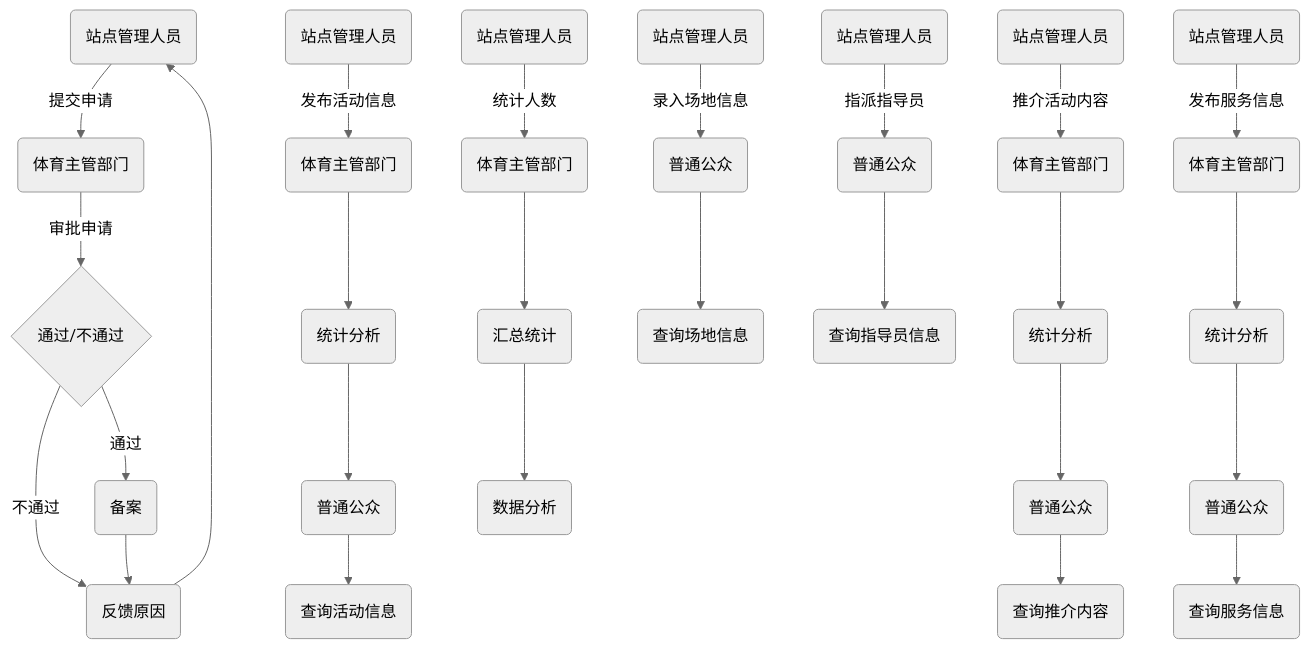
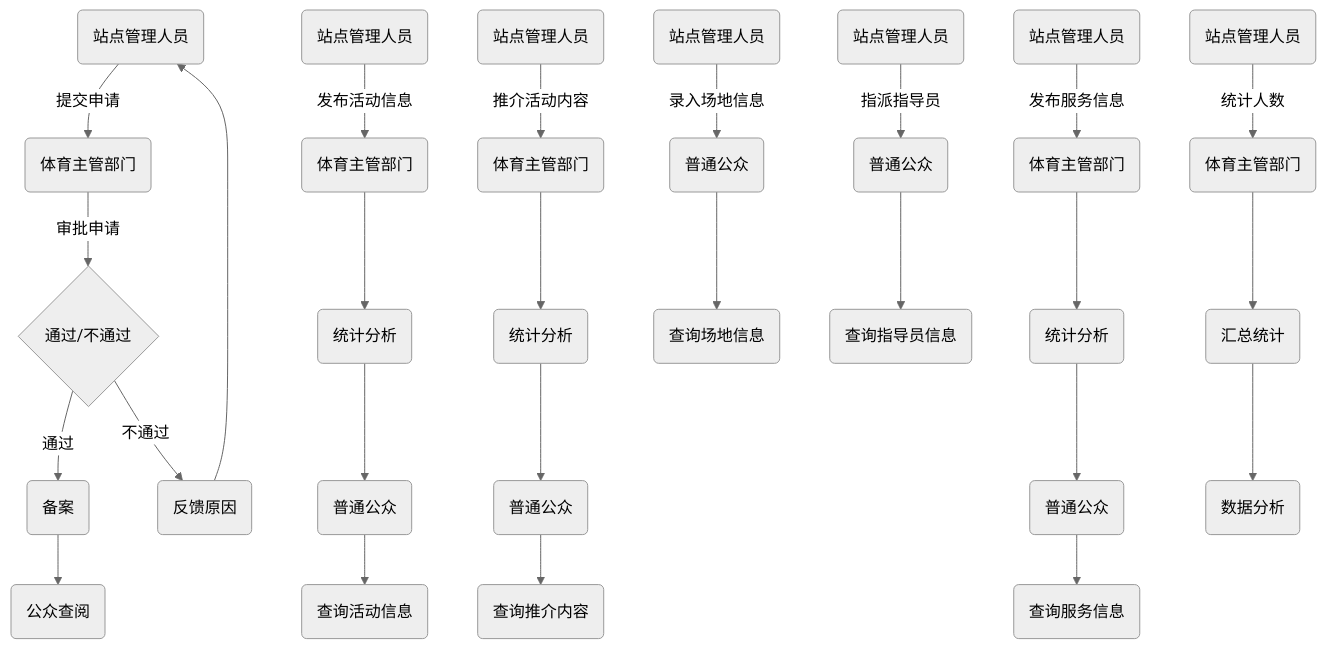
Before and after one commit to miaozjs/iodraw-files: the diagram in all/未命名-1.md, drawn with Mermaid (neutral theme).

Commit message:
2024-06-13 17:29:28 update

````diff
--- a/all/未命名-1.md
+++ b/all/未命名-1.md
@@ -1,35 +1,35 @@
 ```mermaid
 graph TD
     A1(站点管理人员) -->|提交申请| A2(体育主管部门)
     A2 -->|审批申请| A3{通过/不通过}
     A3 -->|通过| A4(备案)
     A3 -->|不通过| A5(反馈原因)
-    A4 --> 
+    A4 --> A6(公众查阅)
     A5 --> A1
 
     B1(站点管理人员) -->|发布活动信息| B2(体育主管部门)
     B2 --> B3(统计分析)
     B3 --> B4(普通公众)
     B4 --> B5(查询活动信息)
 
     C1(站点管理人员) -->|推介活动内容| C2(体育主管部门)
     C2 --> C3(统计分析)
     C3 --> C4(普通公众)
     C4 --> C5(查询推介内容)
 
     D1(站点管理人员) -->|发布服务信息| D2(体育主管部门)
     D2 --> D3(统计分析)
     D3 --> D4(普通公众)
     D4 --> D5(查询服务信息)
 
     E1(站点管理人员) -->|录入场地信息| E4(普通公众)
     E4 --> E6(查询场地信息)
 
     F1(站点管理人员) -->|指派指导员| F4(普通公众)
     F4 --> F6(查询指导员信息)
 
     G1(站点管理人员) -->|统计人数| G2(体育主管部门)
     G2 --> G3(汇总统计)
     G3 --> G4(数据分析)
 
 ```
````
